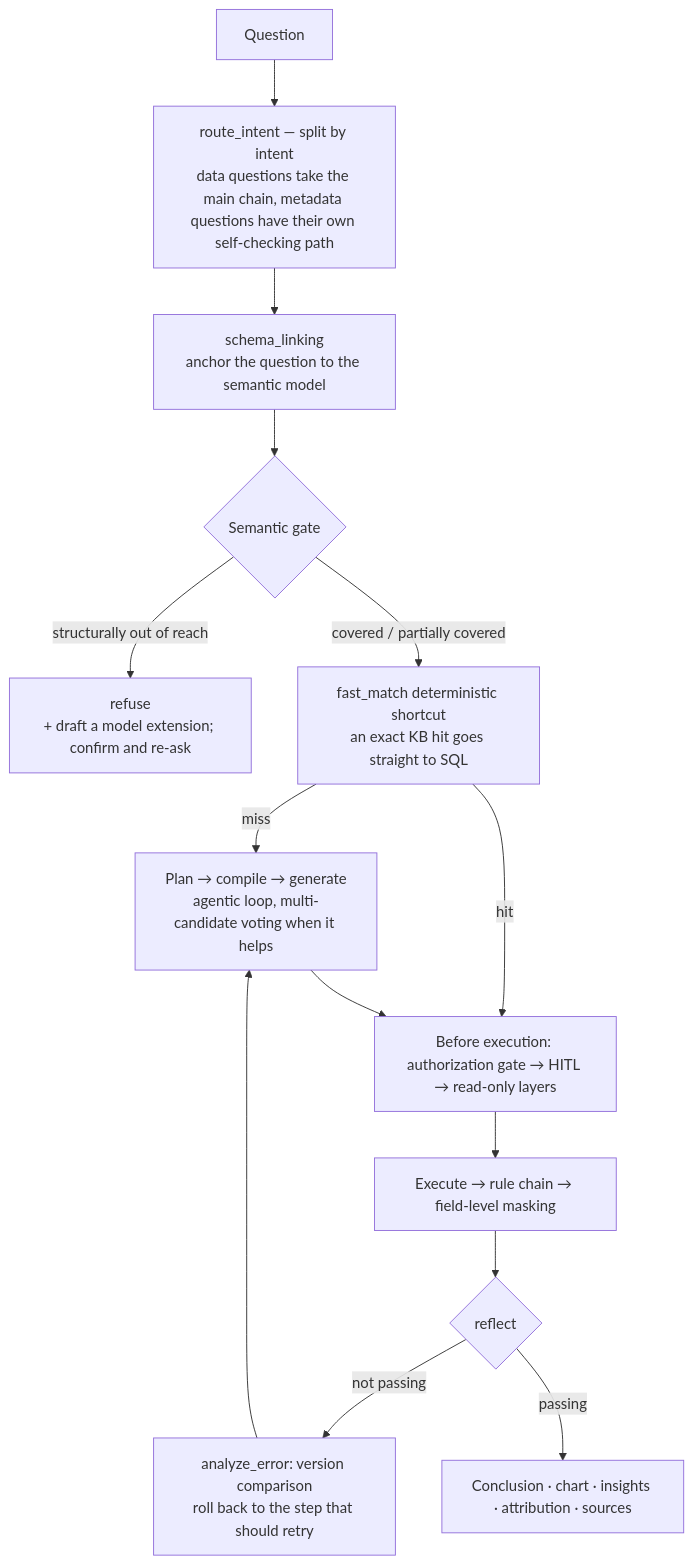
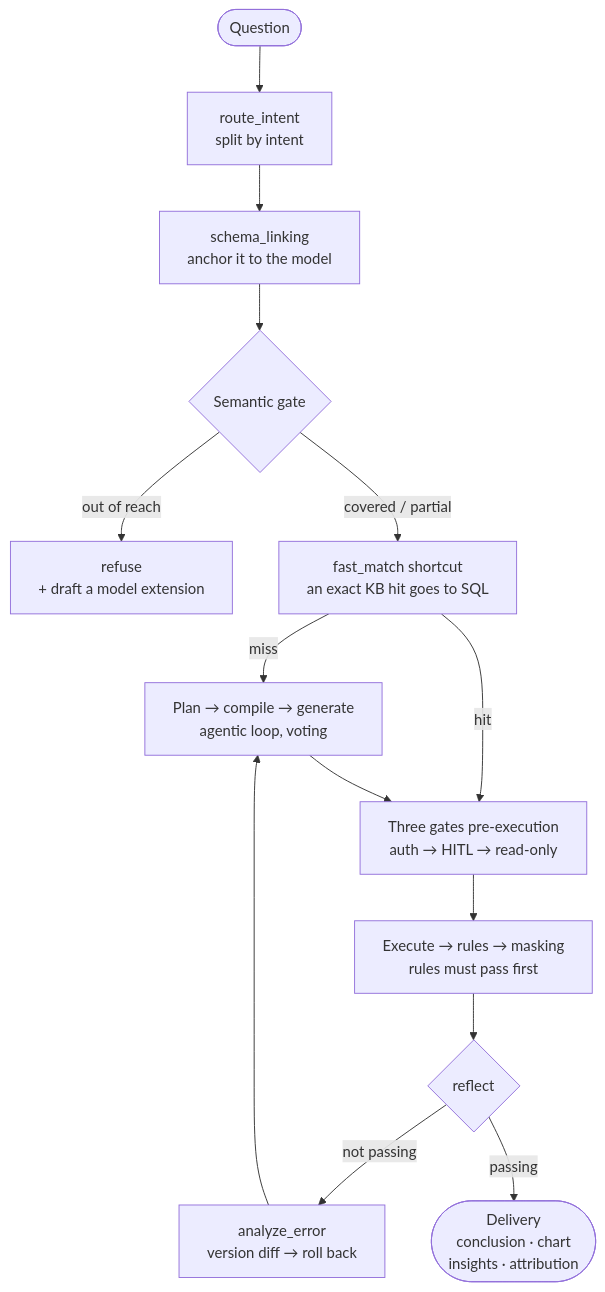
One commit to Nivane/trove changed the second of 3 diagrams in README.en.md. Above: the diagram before and after it, drawn with Mermaid. The commit also changed other lines of this file and 4 other files, not shown here.

First line of the commit message:
docs(diagrams): README 与架构页 mermaid 重排——去跨带连线、等高框、去孤字

````diff
--- a/README.en.md
+++ b/README.en.md
@@ -82,16 +83,16 @@
 ```mermaid
 flowchart TB
-    Q["Question"] --> ROUTE["route_intent — split by intent<br/>data questions take the main chain, metadata questions have their own self-checking path"]
-    ROUTE --> SL["schema_linking<br/>anchor the question to the semantic model"]
+    Q(["Question"]) --> ROUTE["route_intent<br/>split by intent"]
+    ROUTE --> SL["schema_linking<br/>anchor it to the model"]
     SL --> GATE{"Semantic gate"}
-    GATE -->|"structurally out of reach"| REFUSE["refuse<br/>+ draft a model extension; confirm and re-ask"]
-    GATE -->|"covered / partially covered"| FAST["fast_match deterministic shortcut<br/>an exact KB hit goes straight to SQL"]
-    FAST -->|"miss"| GEN["Plan → compile → generate<br/>agentic loop, multi-candidate voting when it helps"]
-    FAST -->|"hit"| EXEC
-    GEN --> EXEC["Before execution: authorization gate → HITL → read-only layers"]
-    EXEC --> VAL["Execute → rule chain → field-level masking"]
+    GATE -->|"out of reach"| REFUSE["refuse<br/>+ draft a model extension"]
+    GATE -->|"covered / partial"| FAST["fast_match shortcut<br/>an exact KB hit goes to SQL"]
+    FAST -->|"miss"| GEN["Plan → compile → generate<br/>agentic loop, voting"]
+    FAST -->|"hit"| EXEC["Three gates pre-execution<br/>auth → HITL → read-only"]
+    GEN --> EXEC
+    EXEC --> VAL["Execute → rules → masking<br/>rules must pass first"]
     VAL --> RE{"reflect"}
-    RE -->|"not passing"| RB["analyze_error: version comparison<br/>roll back to the step that should retry"]
+    RE -->|"not passing"| RB["analyze_error<br/>version diff → roll back"]
     RB --> GEN
-    RE -->|"passing"| OUT["Conclusion · chart · insights · attribution · sources"]
+    RE -->|"passing"| OUT(["Delivery<br/>conclusion · chart<br/>insights · attribution"])
 ```
````
